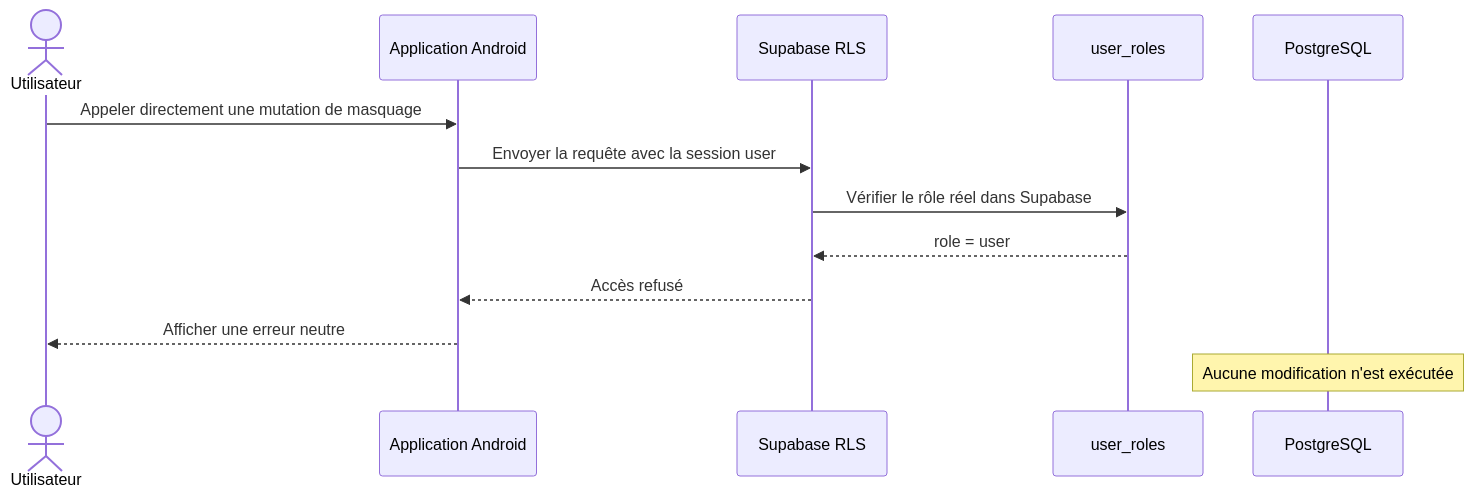
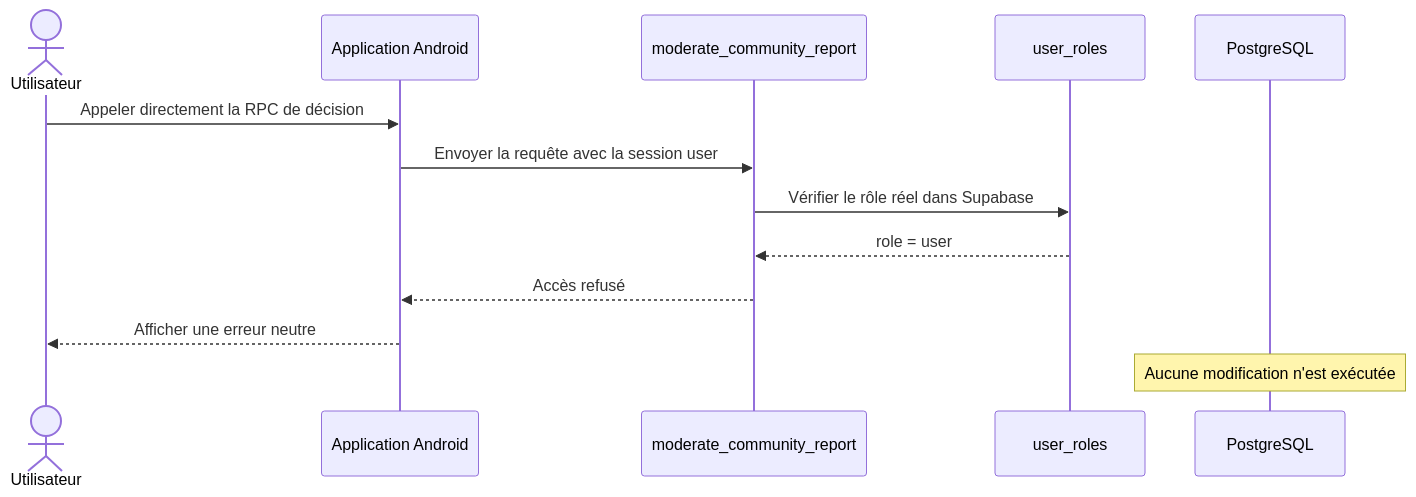
Before and after one commit to Loik940/DREPA: the sixth of 7 diagrams in docs/sequence-moderation.md, drawn with Mermaid. The commit also changed other lines of this file and 22 other files, not shown here.

````diff
--- a/docs/sequence-moderation.md
+++ b/docs/sequence-moderation.md
@@ -159,16 +209,16 @@
 ```mermaid
 sequenceDiagram
     actor U as Utilisateur
     participant A as Application Android
-    participant RLS as Supabase RLS
+    participant RPC as moderate_community_report
     participant Roles as user_roles
     participant DB as PostgreSQL
 
-    U->>A: Appeler directement une mutation de masquage
-    A->>RLS: Envoyer la requête avec la session user
-    RLS->>Roles: Vérifier le rôle réel dans Supabase
-    Roles-->>RLS: role = user
-    RLS-->>A: Accès refusé
+    U->>A: Appeler directement la RPC de décision
+    A->>RPC: Envoyer la requête avec la session user
+    RPC->>Roles: Vérifier le rôle réel dans Supabase
+    Roles-->>RPC: role = user
+    RPC-->>A: Accès refusé
     A-->>U: Afficher une erreur neutre
     Note over DB: Aucune modification n'est exécutée
 ```
````
